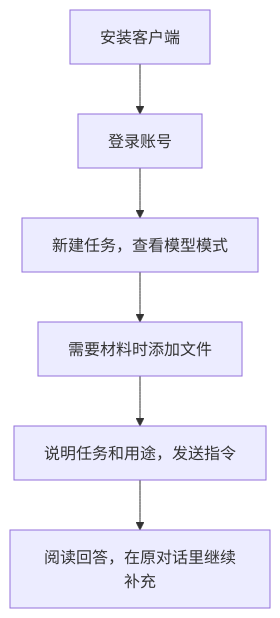
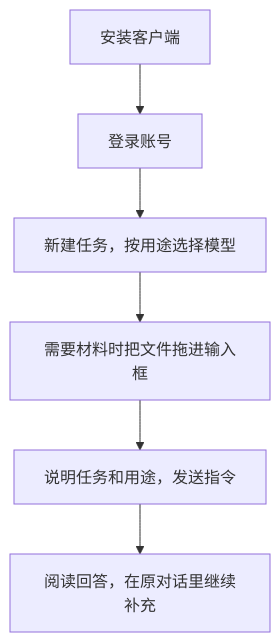
Before and after one commit to afeicn/lingdao-ai-office: the diagram in 01-实务卷/00-prepare/03-prepare.md, drawn with Mermaid. The commit also changed other lines of this file and 52 other files, not shown here.

````diff
--- a/01-实务卷/00-prepare/03-prepare.md
+++ b/01-实务卷/00-prepare/03-prepare.md
@@ -18,8 +16,8 @@
 ```mermaid
 flowchart TB
     A["安装客户端"] --> B["登录账号"]
-    B --> C["新建任务，查看模型模式"]
-    C --> D["需要材料时添加文件"]
+    B --> C["新建任务，按用途选择模型"]
+    C --> D["需要材料时把文件拖进输入框"]
     D --> E["说明任务和用途，发送指令"]
     E --> F["阅读回答，在原对话里继续补充"]
 ```
````
